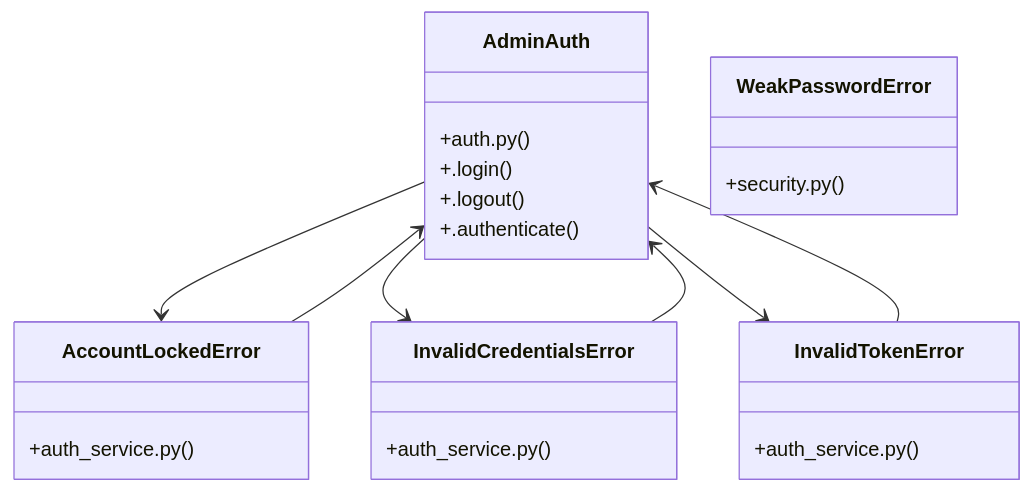
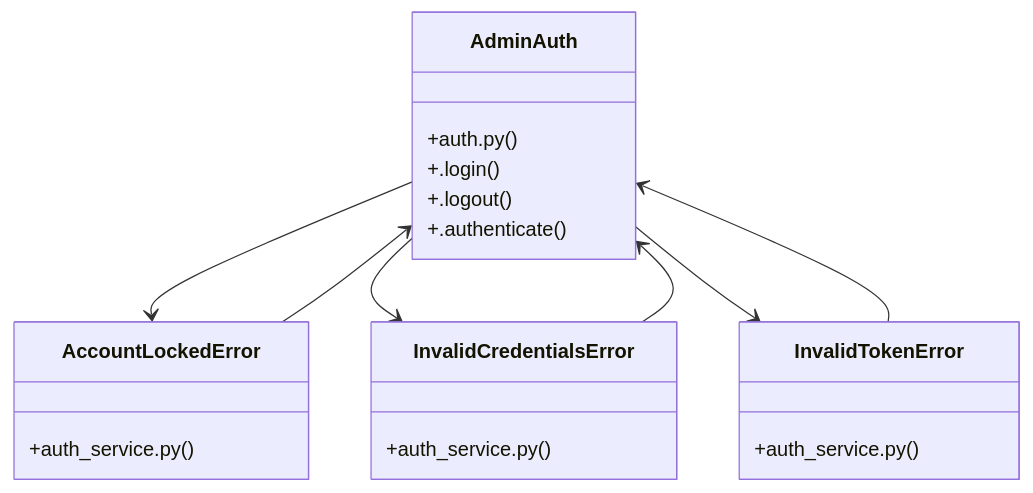
Before and after one commit to adjanayo/synca_conf_back: the diagram in graphify-out/wiki/[PromoCode_&_Payment]_Cluster.md, drawn with Mermaid. The commit also changed other lines of this file and 75 other files, not shown here.

Commit message:
chore: update graphify knowledge graph

````diff
--- a/graphify-out/wiki/[PromoCode_&_Payment]_Cluster.md
+++ b/graphify-out/wiki/[PromoCode_&_Payment]_Cluster.md
@@ -36,27 +36,24 @@
 ```mermaid
 classDiagram
     class AdminAuth {
         +auth.py()
         +.login()
         +.logout()
         +.authenticate()
     }
     class AccountLockedError {
         +auth_service.py()
     }
     class InvalidCredentialsError {
         +auth_service.py()
     }
     class InvalidTokenError {
         +auth_service.py()
     }
-    class WeakPasswordError {
-        +security.py()
-    }
     AdminAuth --> AccountLockedError
     AdminAuth --> InvalidCredentialsError
     AdminAuth --> InvalidTokenError
     AccountLockedError --> AdminAuth
     InvalidCredentialsError --> AdminAuth
     InvalidTokenError --> AdminAuth
 ```
````
